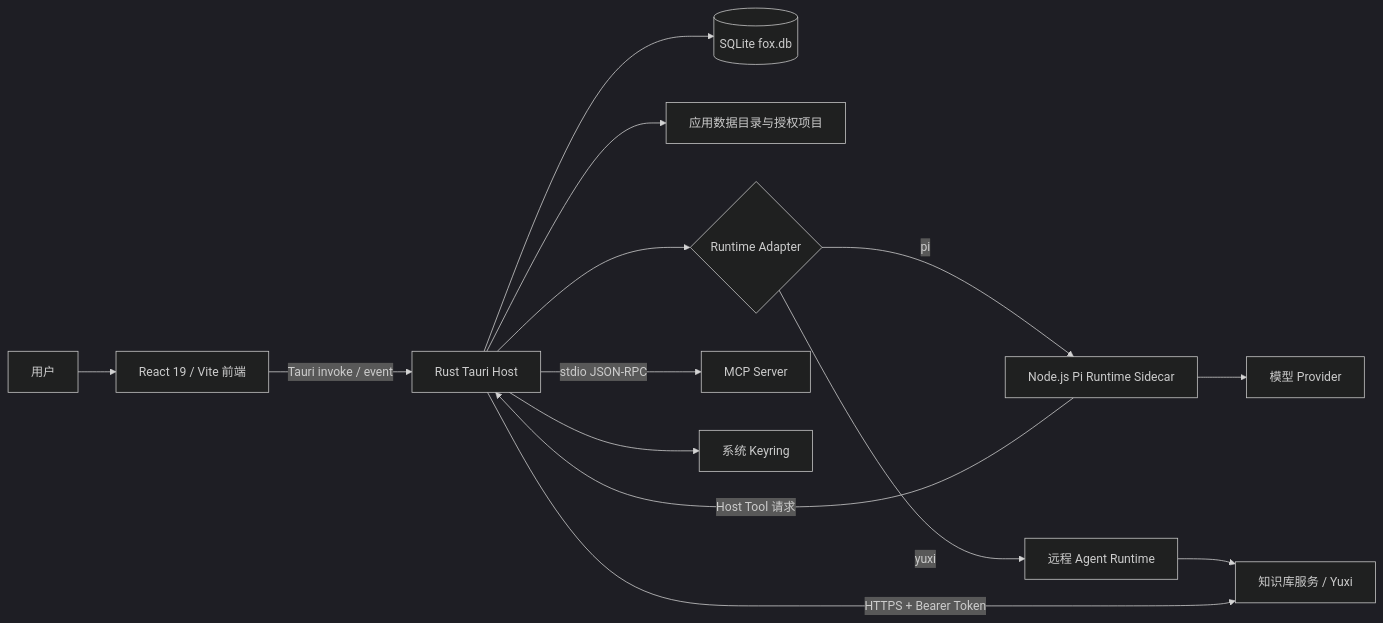
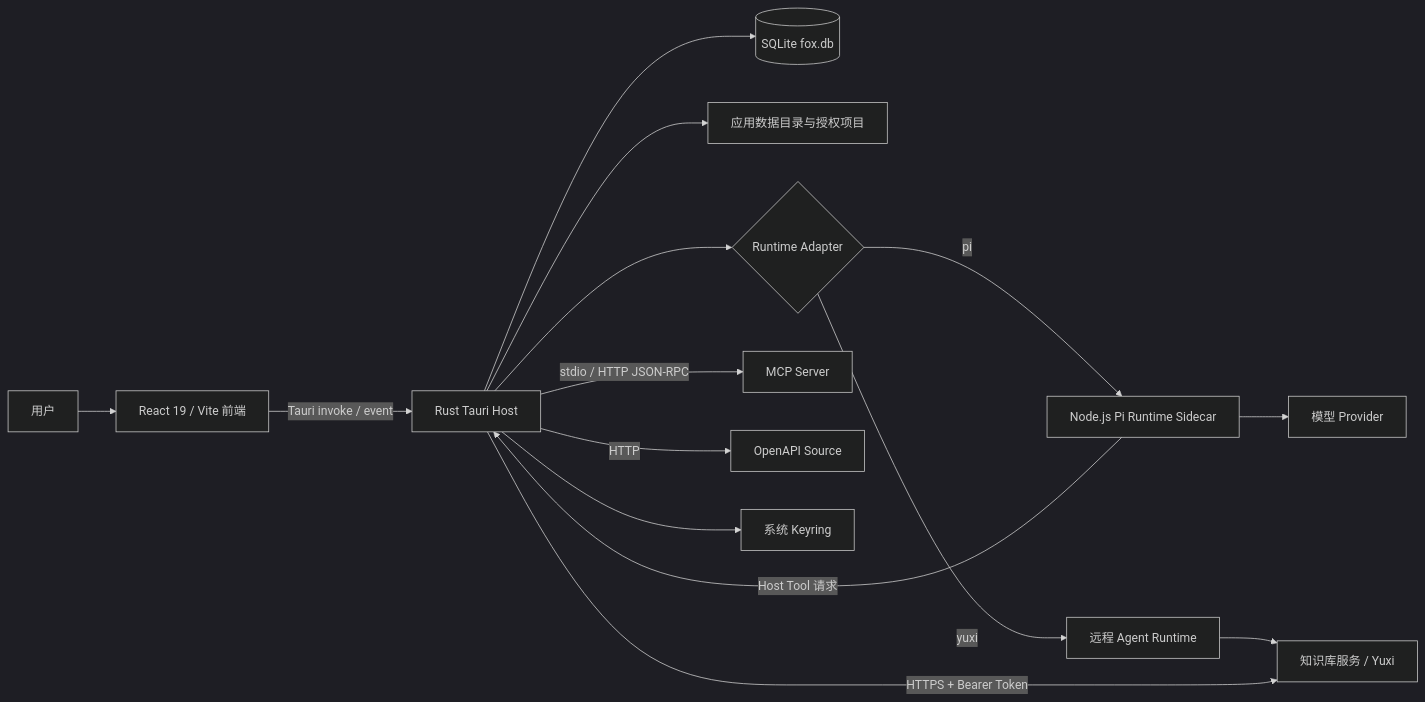
The first of 2 diagrams in docs/02-架构/总体架构.md (Hry1729/Fox-Agent), drawn with Mermaid (dark theme) before and after one commit. The commit also changed other lines of this file and 224 other files, not shown here.

````diff
--- a/docs/02-架构/总体架构.md
+++ b/docs/02-架构/总体架构.md
@@ -16,16 +16,17 @@
 ```mermaid
 flowchart LR
     U["用户"] --> UI["React 19 / Vite 前端"]
     UI -->|"Tauri invoke / event"| HOST["Rust Tauri Host"]
     HOST --> DB[("SQLite fox.db")]
     HOST --> FS["应用数据目录与授权项目"]
     HOST --> ROUTER{"Runtime Adapter"}
     ROUTER -->|"pi"| PI["Node.js Pi Runtime Sidecar"]
     ROUTER -->|"yuxi"| YRUN["远程 Agent Runtime"]
     PI --> MODEL["模型 Provider"]
     PI -->|"Host Tool 请求"| HOST
     YRUN --> KB["知识库服务 / Yuxi"]
     HOST -->|"HTTPS + Bearer Token"| KB
-    HOST -->|"stdio JSON-RPC"| MCP["MCP Server"]
+    HOST -->|"stdio / HTTP JSON-RPC"| MCP["MCP Server"]
+    HOST -->|"HTTP"| OPENAPI["OpenAPI Source"]
     HOST --> KEY["系统 Keyring"]
 ```
````
